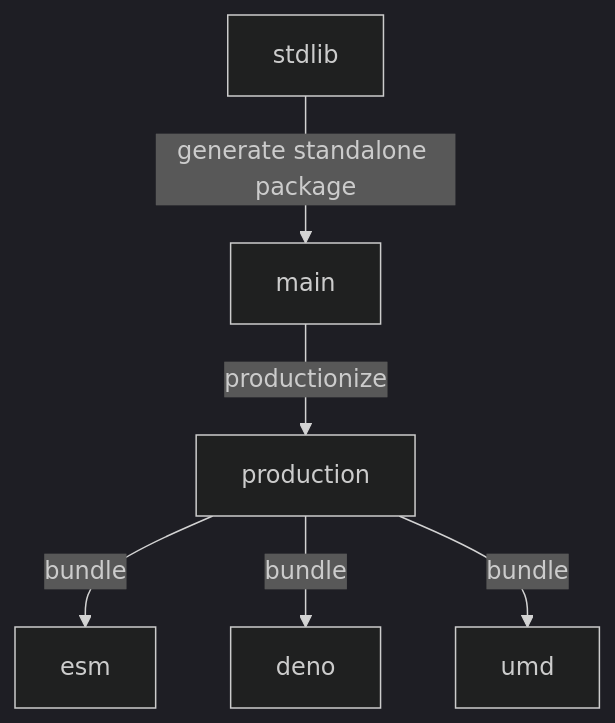
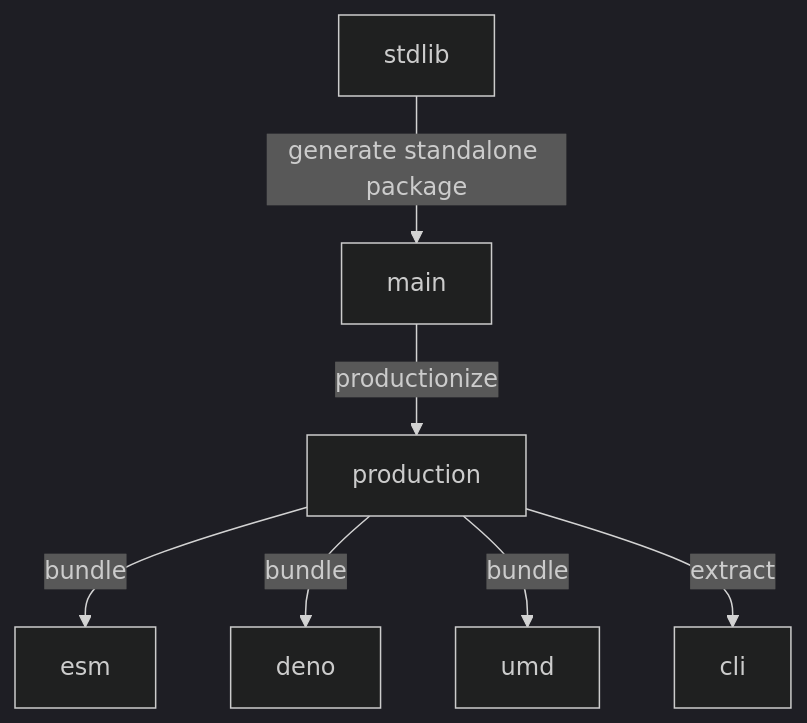
Before and after one commit to stdlib-js/assert-is-binary-string: the diagram in branches.md, drawn with Mermaid (dark theme). The commit also changed other lines of this file and 8 other files, not shown here.

````diff
--- a/branches.md
+++ b/branches.md
@@ -33,15 +34,17 @@
 ```mermaid
 graph TD;
 A[stdlib]-->|generate standalone package|B;
 B[main] -->|productionize| C[production];
 C -->|bundle| D[esm];
 C -->|bundle| E[deno];
 C -->|bundle| F[umd];
+C -->|extract| G[cli];
 
-click A href "https://github.com/stdlib-js/stdlib/tree/develop/lib/node_modules/%40stdlib/assert/is-binary-string"
-click B href "https://github.com/stdlib-js/assert-is-binary-string/tree/main"
-click C href "https://github.com/stdlib-js/assert-is-binary-string/tree/production"
-click D href "https://github.com/stdlib-js/assert-is-binary-string/tree/esm"
-click E href "https://github.com/stdlib-js/assert-is-binary-string/tree/deno"
-click F href "https://github.com/stdlib-js/assert-is-binary-string/tree/umd"
+%% click A href "https://github.com/stdlib-js/stdlib/tree/develop/lib/node_modules/%40stdlib/assert/is-binary-string"
+%% click B href "https://github.com/stdlib-js/assert-is-binary-string/tree/main"
+%% click C href "https://github.com/stdlib-js/assert-is-binary-string/tree/production"
+%% click D href "https://github.com/stdlib-js/assert-is-binary-string/tree/esm"
+%% click E href "https://github.com/stdlib-js/assert-is-binary-string/tree/deno"
+%% click F href "https://github.com/stdlib-js/assert-is-binary-string/tree/umd"
+%% click G href "https://github.com/stdlib-js/assert-is-binary-string/tree/cli"
 ```
````
